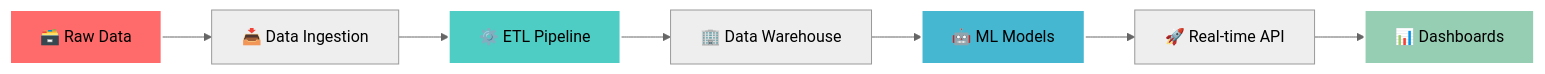
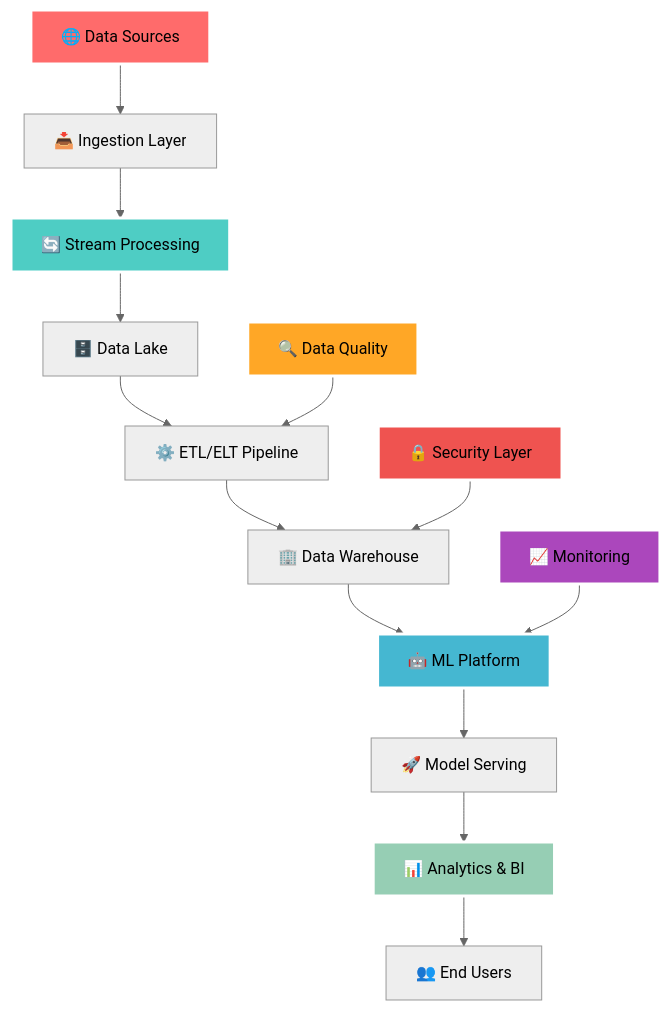
Before and after one commit to HappyBiningu/HappyBiningu: the first of 2 diagrams in README.md, drawn with Mermaid (neutral theme). The commit also changed other lines of this file, not shown here.

````diff
--- a/README.md
+++ b/README.md
@@ -108,14 +153,24 @@
 ```mermaid
-graph LR
-    A[🗃️ Raw Data] --> B[📥 Data Ingestion]
-    B --> C[⚙️ ETL Pipeline]
-    C --> D[🏢 Data Warehouse]
-    D --> E[🤖 ML Models]
-    E --> F[🚀 Real-time API]
-    F --> G[📊 Dashboards]
+graph TB
+    A[🌐 Data Sources] --> B[📥 Ingestion Layer]
+    B --> C[🔄 Stream Processing]
+    C --> D[🗄️ Data Lake]
+    D --> E[⚙️ ETL/ELT Pipeline]
+    E --> F[🏢 Data Warehouse]
+    F --> G[🤖 ML Platform]
+    G --> H[🚀 Model Serving]
+    H --> I[📊 Analytics & BI]
+    I --> J[👥 End Users]
     
-    style A fill:#ff6b6b,stroke:#fff,stroke-width:2px
-    style C fill:#4ecdc4,stroke:#fff,stroke-width:2px
-    style E fill:#45b7d1,stroke:#fff,stroke-width:2px
-    style G fill:#96ceb4,stroke:#fff,stroke-width:2px
+    K[🔍 Data Quality] --> E
+    L[🔒 Security Layer] --> F
+    M[📈 Monitoring] --> G
+    
+    style A fill:#ff6b6b,stroke:#fff,stroke-width:3px
+    style C fill:#4ecdc4,stroke:#fff,stroke-width:3px
+    style G fill:#45b7d1,stroke:#fff,stroke-width:3px
+    style I fill:#96ceb4,stroke:#fff,stroke-width:3px
+    style K fill:#ffa726,stroke:#fff,stroke-width:3px
+    style L fill:#ef5350,stroke:#fff,stroke-width:3px
+    style M fill:#ab47bc,stroke:#fff,stroke-width:3px
 ```
````
